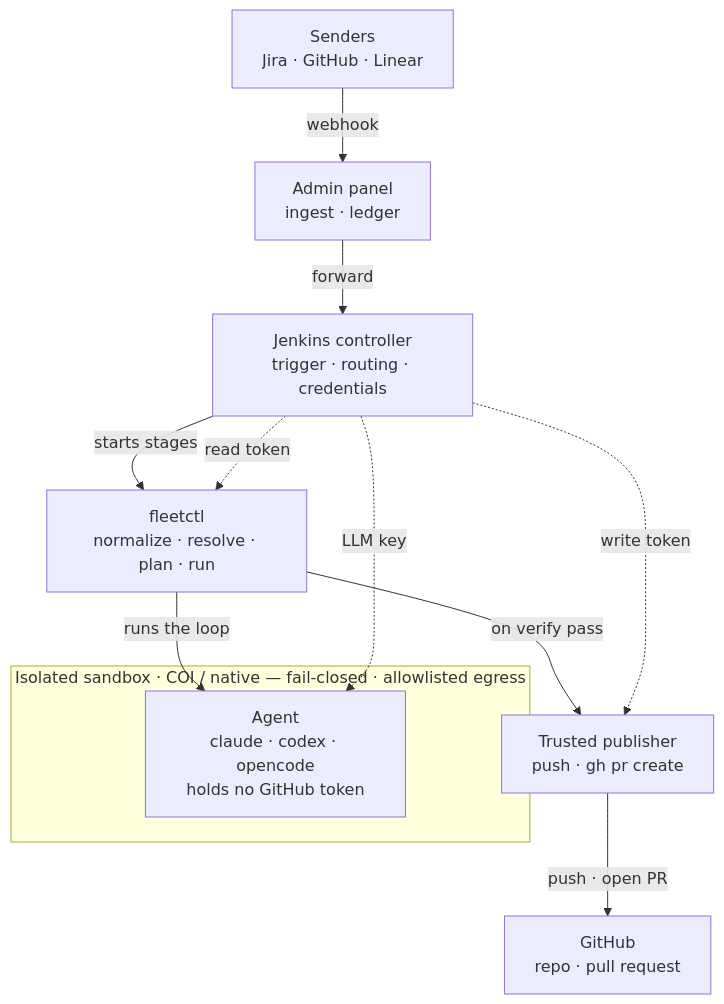
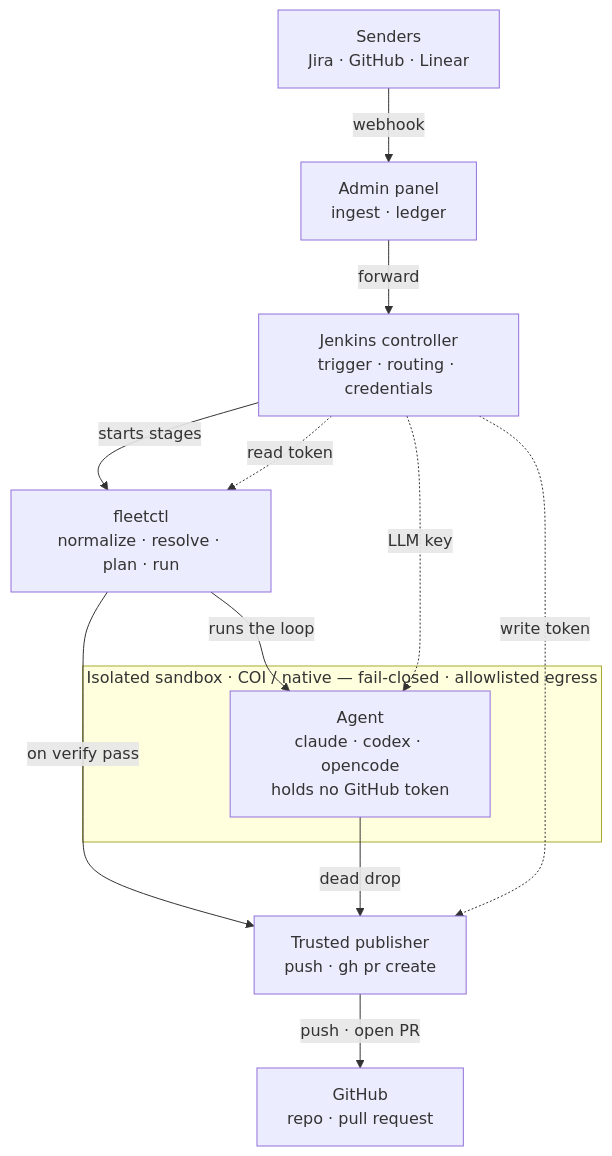
Before and after one commit to wrbl606/fleet: the diagram in README.md, drawn with Mermaid. The commit also changed other lines of this file and 12 other files, not shown here.

Commit message:
docs: dead drop

````diff
--- a/README.md
+++ b/README.md
@@ -14,25 +14,26 @@
 ```mermaid
 flowchart TB
     S["Senders<br/>Jira · GitHub · Linear"]
     A["Admin panel<br/>ingest · ledger"]
     JC["Jenkins controller<br/>trigger · routing · credentials"]
     F["fleetctl<br/>normalize · resolve · plan · run"]
     TP["Trusted publisher<br/>push · gh pr create"]
     GH["GitHub<br/>repo · pull request"]
 
     S -- webhook --> A
     A -- forward --> JC
     JC -- starts stages --> F
     F -- on verify pass --> TP
     TP -- push · open PR --> GH
 
     subgraph SAND["Isolated sandbox · COI / native — fail-closed · allowlisted egress"]
         AG["Agent<br/>claude · codex · opencode<br/>holds no GitHub token"]
     end
 
     F -- runs the loop --> AG
+    AG -- dead drop --> TP
 
     JC -. read token .-> F
     JC -. LLM key .-> AG
     JC -. write token .-> TP
 ```
````
